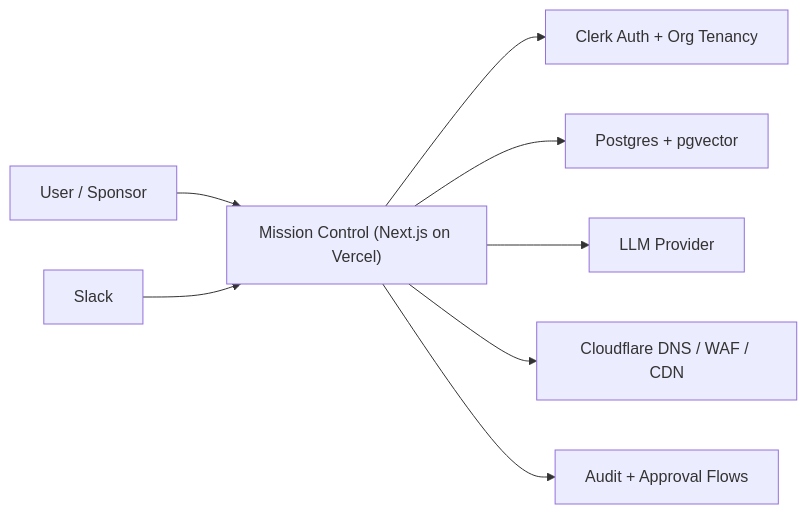
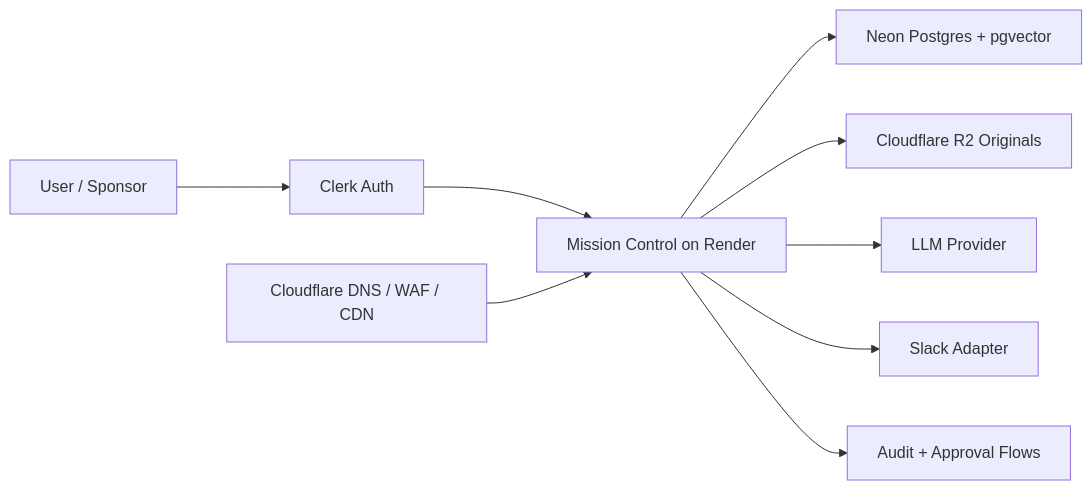
Before and after one commit to asjanjua/nexus-core: the diagram in docs/INFRA_DECISION_MEMO.md, drawn with Mermaid. The commit also changed other lines of this file and 33 other files, not shown here.

````diff
--- a/docs/INFRA_DECISION_MEMO.md
+++ b/docs/INFRA_DECISION_MEMO.md
@@ -197,10 +55,11 @@
 ```mermaid
 flowchart LR
-  U["User / Sponsor"] --> MC["Mission Control (Next.js on Vercel)"]
-  S["Slack"] --> MC
-  MC --> AU["Clerk Auth + Org Tenancy"]
-  MC --> DB["Postgres + pgvector"]
-  MC --> LLM["LLM Provider"]
-  MC --> CF["Cloudflare DNS / WAF / CDN"]
-  MC --> AUD["Audit + Approval Flows"]
+  User["User / Sponsor"] --> Clerk["Clerk Auth"]
+  Clerk --> App["Mission Control on Render"]
+  App --> DB["Neon Postgres + pgvector"]
+  App --> R2["Cloudflare R2 Originals"]
+  App --> LLM["LLM Provider"]
+  App --> Slack["Slack Adapter"]
+  App --> Audit["Audit + Approval Flows"]
+  CF["Cloudflare DNS / WAF / CDN"] --> App
 ```
````
